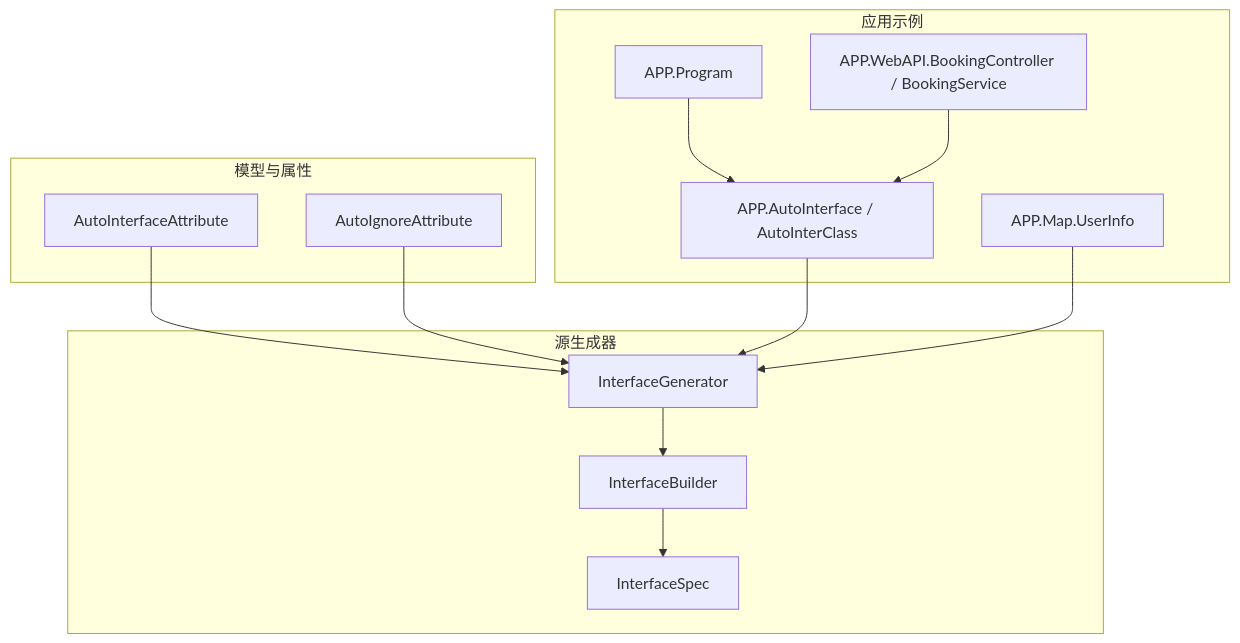
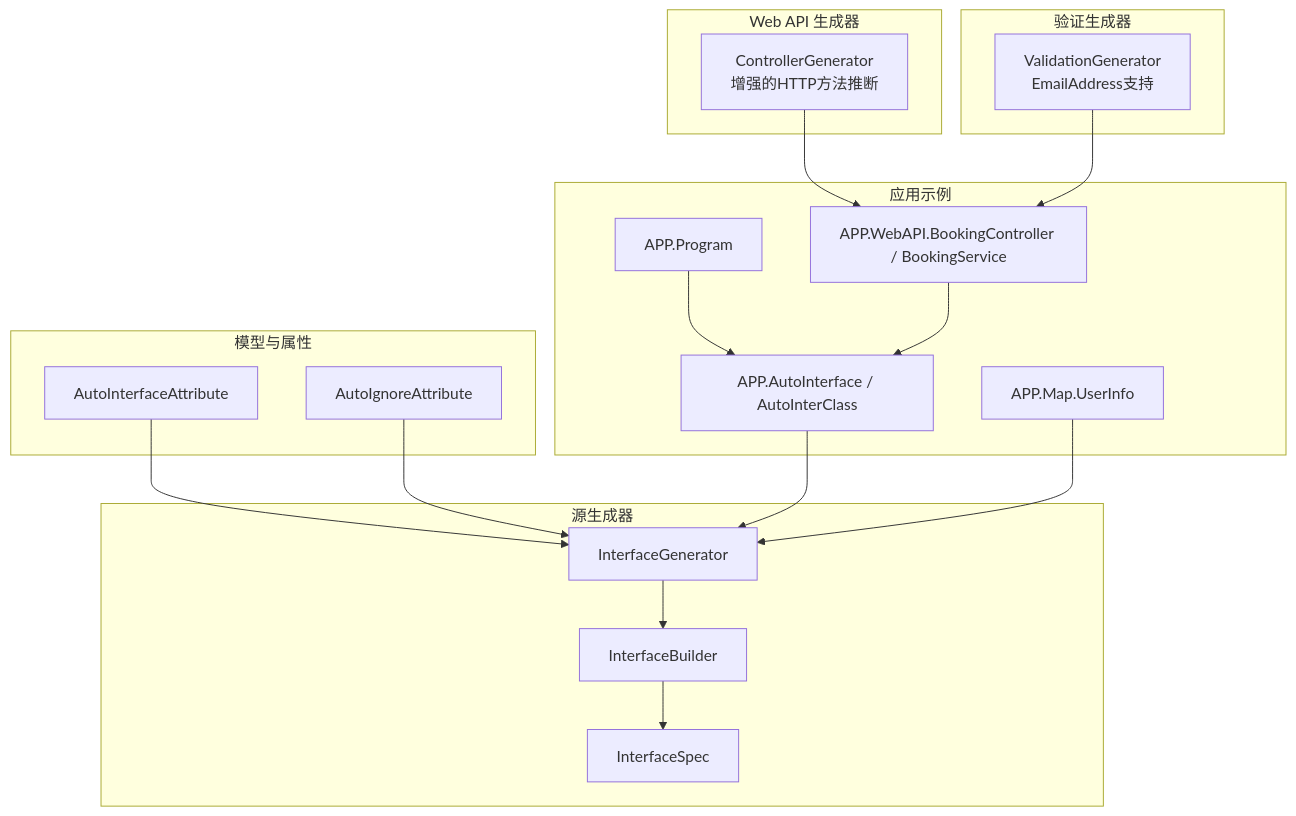
Before and after one commit to alivy/AutoCode: the first of 7 diagrams in .qoder/repowiki/zh/content/源代码生成器/源代码生成器.md, drawn with Mermaid. The commit also changed other lines of this file and 29 other files, not shown here.

````diff
--- a/.qoder/repowiki/zh/content/源代码生成器/源代码生成器.md
+++ b/.qoder/repowiki/zh/content/源代码生成器/源代码生成器.md
@@ -56,26 +68,34 @@
 ```mermaid
 graph TB
 subgraph "模型与属性"
 M1["AutoInterfaceAttribute"]
 M2["AutoIgnoreAttribute"]
 end
 subgraph "源生成器"
 G1["InterfaceGenerator"]
 B1["InterfaceBuilder"]
 S1["InterfaceSpec"]
 end
+subgraph "Web API 生成器"
+C1["ControllerGenerator<br/>增强的HTTP方法推断"]
+end
+subgraph "验证生成器"
+V1["ValidationGenerator<br/>EmailAddress支持"]
+end
 subgraph "应用示例"
 A1["APP.Program"]
 A2["APP.AutoInterface / AutoInterClass"]
 A3["APP.Map.UserInfo"]
 A4["APP.WebAPI.BookingController / BookingService"]
 end
 M1 --> G1
 M2 --> G1
 G1 --> B1
 B1 --> S1
+C1 --> A4
+V1 --> A4
 A1 --> A2
 A2 --> G1
 A3 --> G1
 A4 --> A2
 ```
````
